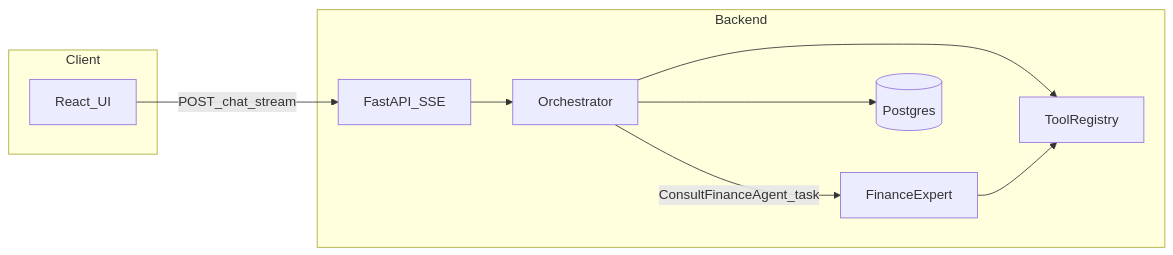
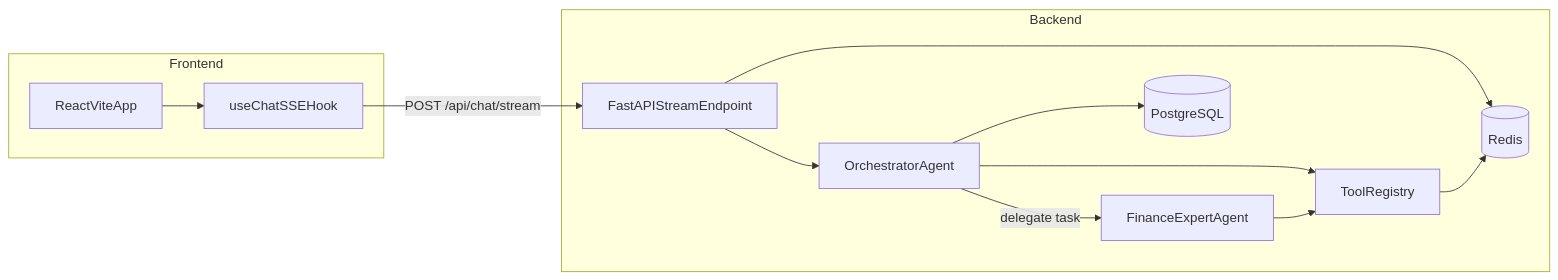
The diagram in README.md (sarsky123/marketmind-ai), drawn with Mermaid before and after one commit. The commit also changed other lines of this file and 4 other files, not shown here.

````diff
--- a/README.md
+++ b/README.md
@@ -27,19 +23,26 @@
 ```mermaid
 flowchart LR
-  subgraph client [Client]
-    UI[React_UI]
+  subgraph client [Frontend]
+    UI[ReactViteApp]
+    Hook[useChatSSEHook]
   end
+
   subgraph backend [Backend]
-    API[FastAPI_SSE]
-    Orch[Orchestrator]
-    Fin[FinanceExpert]
-    Tools[ToolRegistry]
-    PG[(Postgres)]
+    API[FastAPIStreamEndpoint]
+    Orch[OrchestratorAgent]
+    Fin[FinanceExpertAgent]
+    Registry[ToolRegistry]
+    PG[(PostgreSQL)]
+    Redis[(Redis)]
   end
-  UI -->|POST_chat_stream| API
+
+  UI --> Hook
+  Hook -->|POST /api/chat/stream| API
   API --> Orch
-  Orch -->|ConsultFinanceAgent_task| Fin
-  Orch --> Tools
-  Fin --> Tools
+  Orch -->|delegate task| Fin
+  Orch --> Registry
+  Fin --> Registry
   Orch --> PG
+  API --> Redis
+  Registry --> Redis
 ```
````
